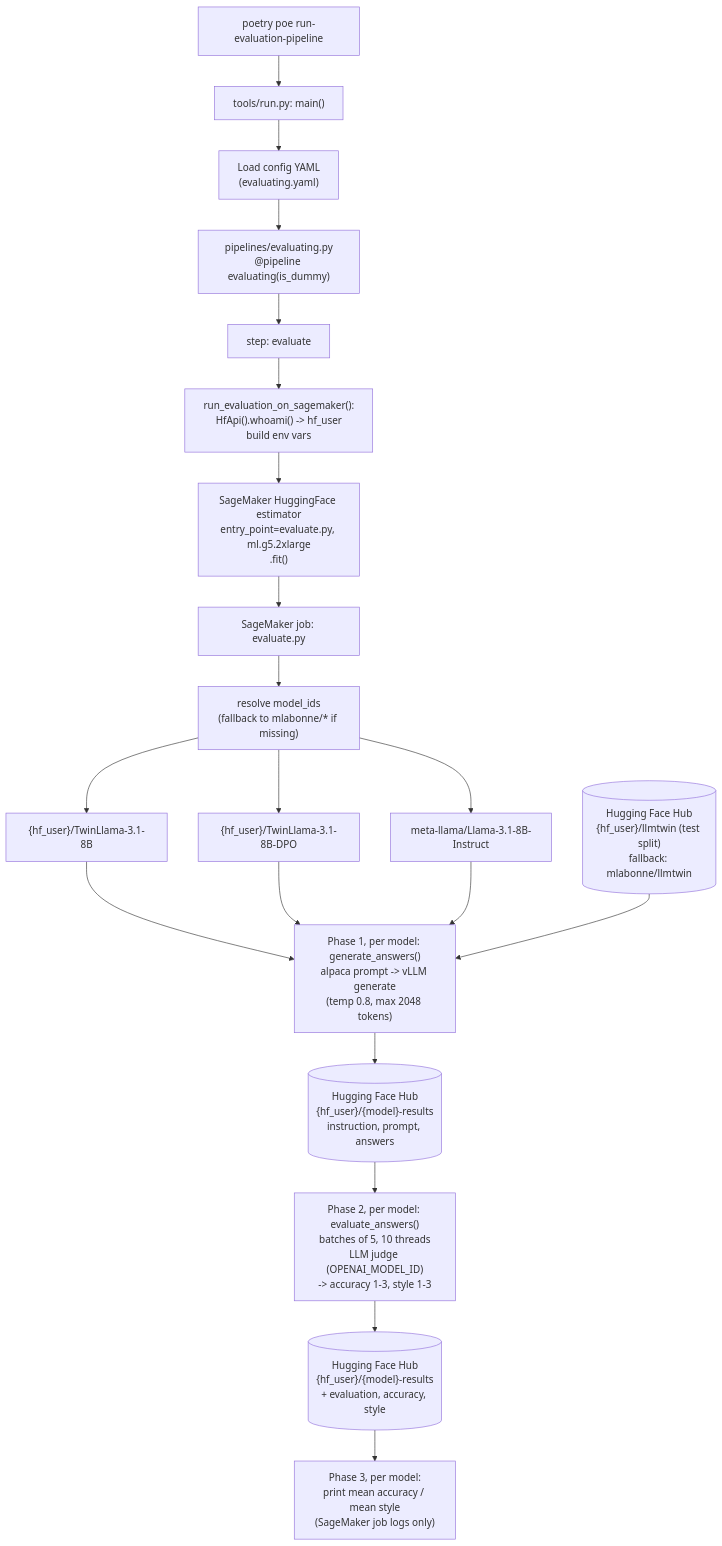
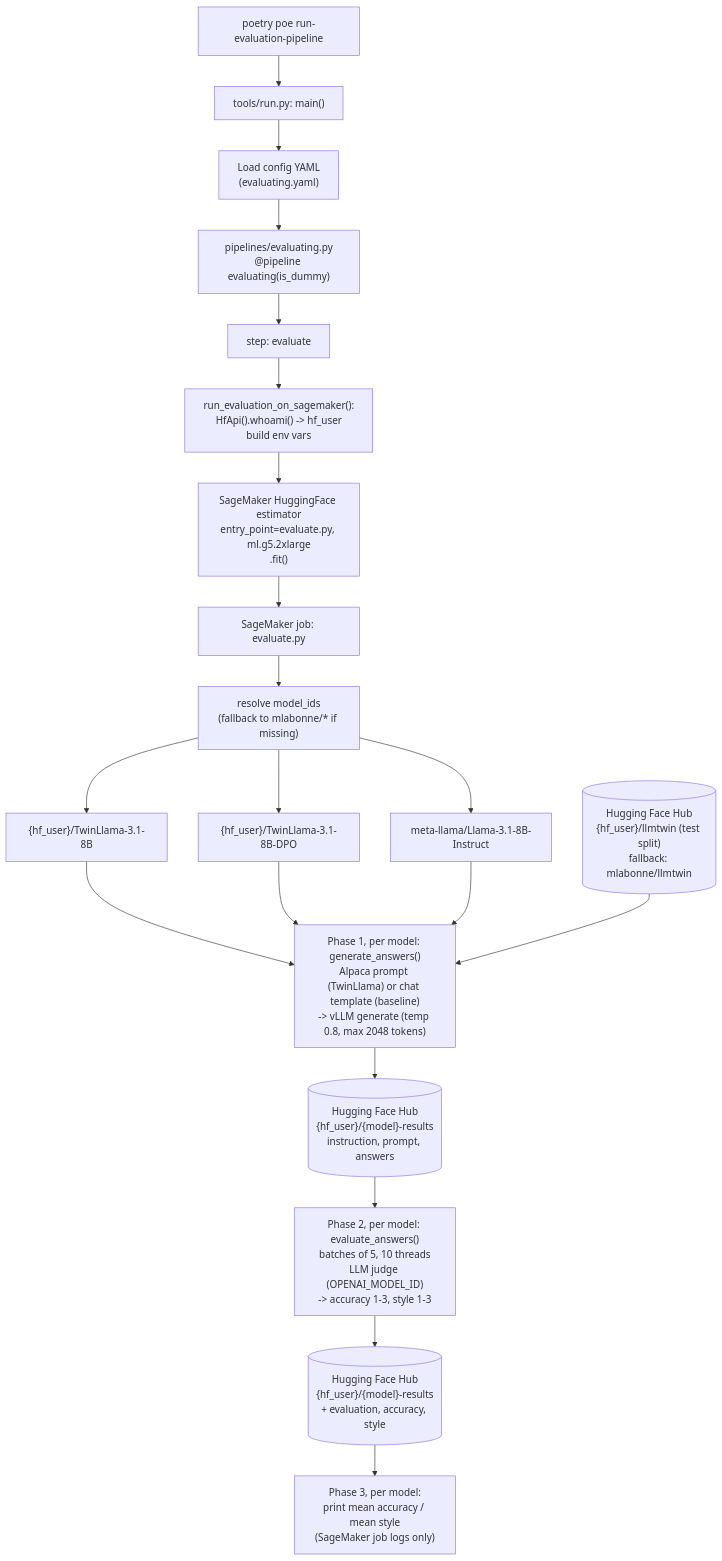
Before and after one commit to PacktPublishing/LLM-Engineers-Handbook: the diagram in docs/evaluating_pipeline.md, drawn with Mermaid. The commit also changed other lines of this file and 2 other files, not shown here.

First line of the commit message:
Prompt the evaluation baseline with its chat template; run on full test split

````diff
--- a/docs/evaluating_pipeline.md
+++ b/docs/evaluating_pipeline.md
@@ -28,29 +28,29 @@
 ```mermaid
 flowchart TD
     A["poetry poe run-evaluation-pipeline"] --> B["tools/run.py: main()"]
     B --> C["Load config YAML\n(evaluating.yaml)"]
     C --> D["pipelines/evaluating.py\n@pipeline evaluating(is_dummy)"]
 
     D --> E["step: evaluate"]
     E --> F["run_evaluation_on_sagemaker():\nHfApi().whoami() -> hf_user\nbuild env vars"]
     F --> G["SageMaker HuggingFace estimator\nentry_point=evaluate.py, ml.g5.2xlarge\n.fit()"]
 
     G --> H["SageMaker job: evaluate.py"]
     H --> I["resolve model_ids\n(fallback to mlabonne/* if missing)"]
     I --> M1["{hf_user}/TwinLlama-3.1-8B"]
     I --> M2["{hf_user}/TwinLlama-3.1-8B-DPO"]
     I --> M3["meta-llama/Llama-3.1-8B-Instruct"]
 
     M1 --> J
     M2 --> J
     M3 --> J
     K[("Hugging Face Hub\n{hf_user}/llmtwin (test split)\nfallback: mlabonne/llmtwin")] --> J
 
-    J["Phase 1, per model: generate_answers()\nalpaca prompt -> vLLM generate\n(temp 0.8, max 2048 tokens)"]
+    J["Phase 1, per model: generate_answers()\nAlpaca prompt (TwinLlama) or chat template (baseline)\n-> vLLM generate (temp 0.8, max 2048 tokens)"]
     J --> R[("Hugging Face Hub\n{hf_user}/{model}-results\ninstruction, prompt, answers")]
 
     R --> L["Phase 2, per model: evaluate_answers()\nbatches of 5, 10 threads\nLLM judge (OPENAI_MODEL_ID)\n-> accuracy 1-3, style 1-3"]
     L --> R2[("Hugging Face Hub\n{hf_user}/{model}-results\n+ evaluation, accuracy, style")]
 
     R2 --> P["Phase 3, per model:\nprint mean accuracy / mean style\n(SageMaker job logs only)"]
 ```
````
